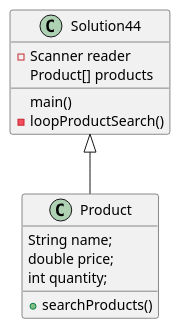
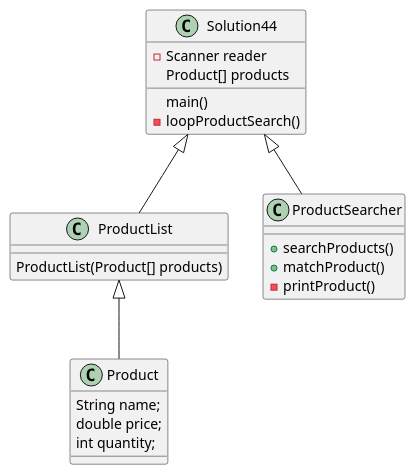
The diagram in exercise44/docs/Exercise44Diagram.puml (RandyRoberts99/roberts-a04), drawn with PlantUML before and after one commit. The commit also changed 6 other files, not shown here.

```diff
--- a/exercise44/docs/Exercise44Diagram.puml
+++ b/exercise44/docs/Exercise44Diagram.puml
@@ -1,21 +1,31 @@
 @startuml
 'https://plantuml.com/class-diagram
 
 class Solution44
 {
     -Scanner reader
     Product[] products
 
     main()
     -loopProductSearch()
 }
 class Product
 {
     String name;
     double price;
     int quantity;
-
+}
+class ProductList
+{
+    ProductList(Product[] products)
+}
+class ProductSearcher
+{
     +searchProducts()
+    +matchProduct()
+    -printProduct()
 }
-Solution44 <|-- Product
+Solution44 <|-- ProductSearcher
+Solution44 <|-- ProductList
+ProductList <|-- Product
 @enduml
```
